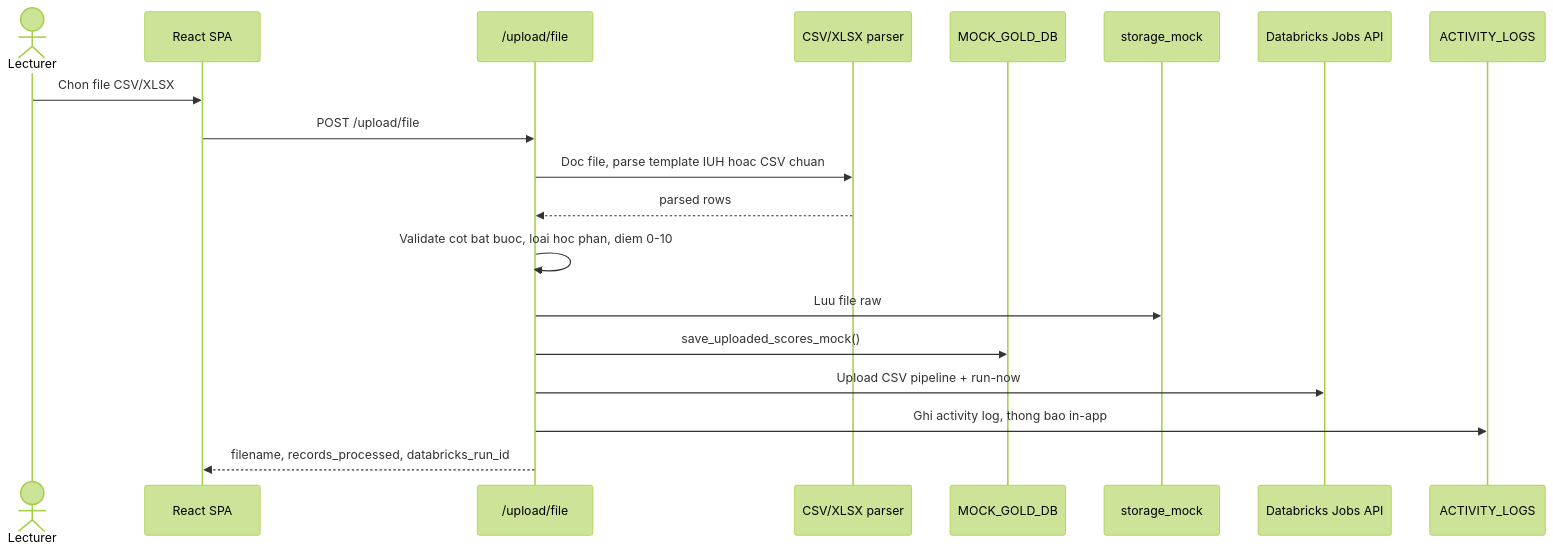
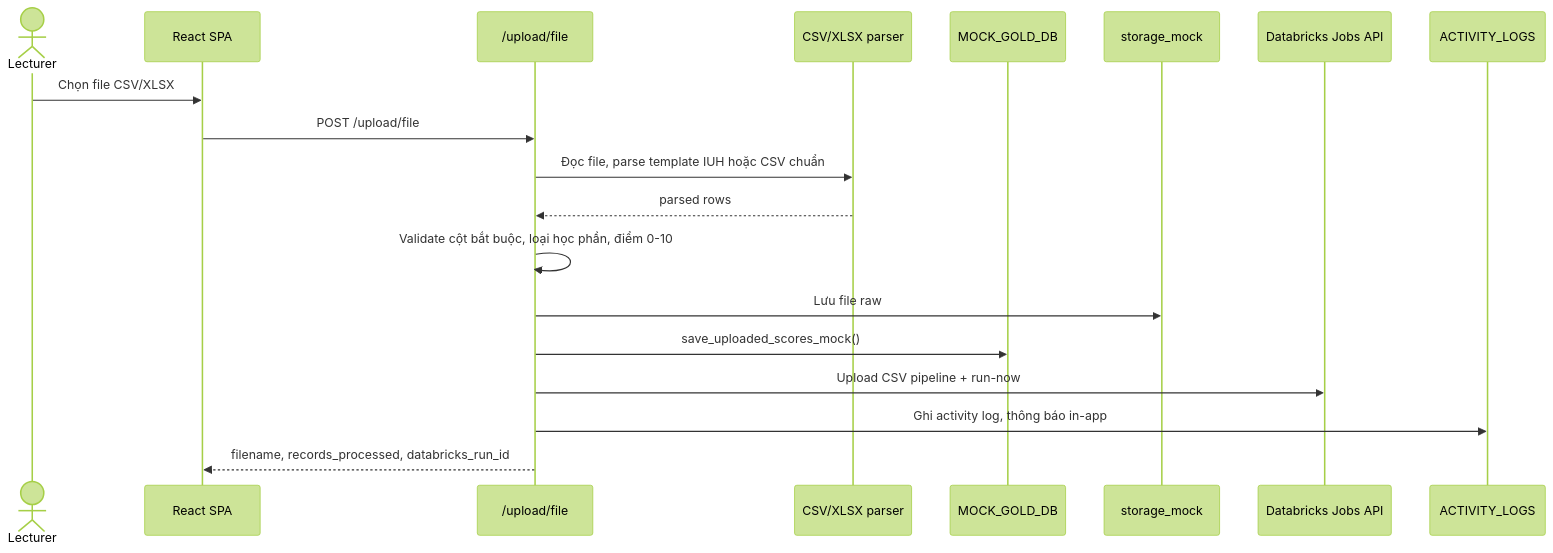
One commit to mangcutxinh/Smart-GPA changed the fourth of 8 diagrams in proposal.md. Above: the diagram before and after it, drawn with Mermaid (forest theme). The commit also changed other lines of this file, not shown here.

````diff
--- a/proposal.md
+++ b/proposal.md
@@ -211,22 +211,22 @@
 ```mermaid
 sequenceDiagram
     actor Lecturer
     participant FE as React SPA
     participant Upload as /upload/file
     participant Parser as CSV/XLSX parser
     participant Mock as MOCK_GOLD_DB
     participant Storage as storage_mock
     participant Jobs as Databricks Jobs API
     participant Logs as ACTIVITY_LOGS
 
-    Lecturer->>FE: Chon file CSV/XLSX
+    Lecturer->>FE: Chọn file CSV/XLSX
     FE->>Upload: POST /upload/file
-    Upload->>Parser: Doc file, parse template IUH hoac CSV chuan
+    Upload->>Parser: Đọc file, parse template IUH hoặc CSV chuẩn
     Parser-->>Upload: parsed rows
-    Upload->>Upload: Validate cot bat buoc, loai hoc phan, diem 0-10
-    Upload->>Storage: Luu file raw
+    Upload->>Upload: Validate cột bắt buộc, loại học phần, điểm 0-10
+    Upload->>Storage: Lưu file raw
     Upload->>Mock: save_uploaded_scores_mock()
     Upload->>Jobs: Upload CSV pipeline + run-now
-    Upload->>Logs: Ghi activity log, thong bao in-app
+    Upload->>Logs: Ghi activity log, thông báo in-app
     Upload-->>FE: filename, records_processed, databricks_run_id
 ```
````
